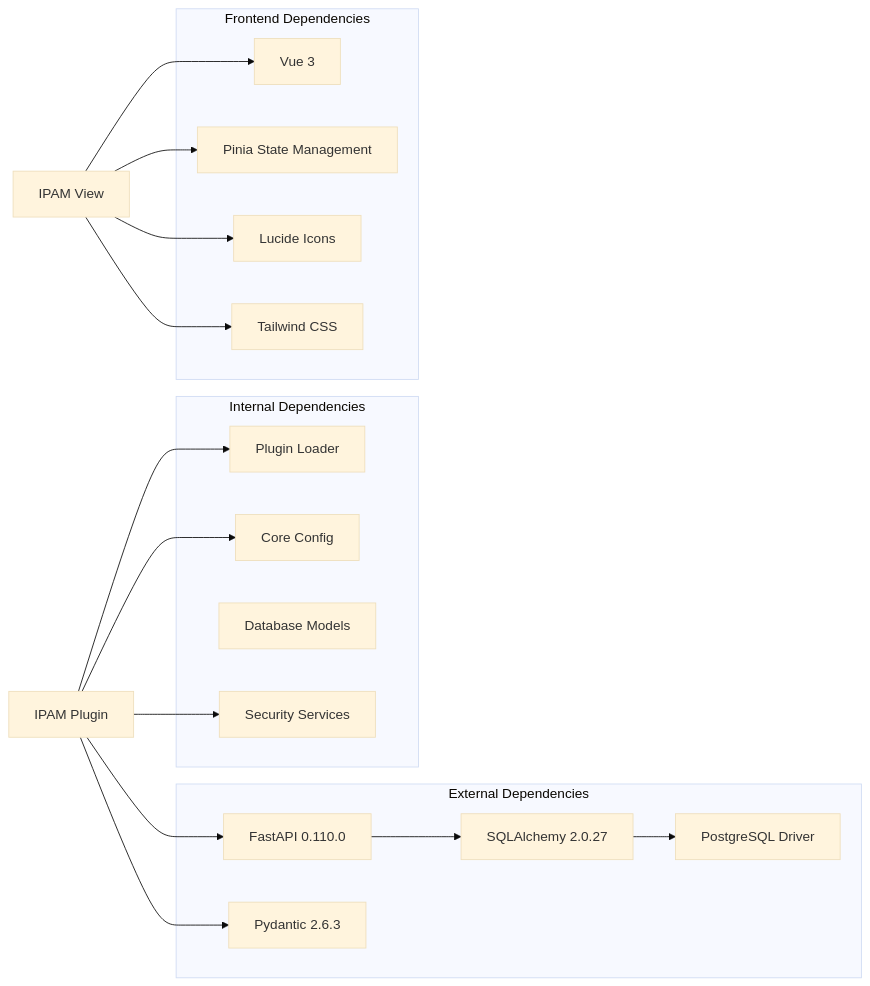
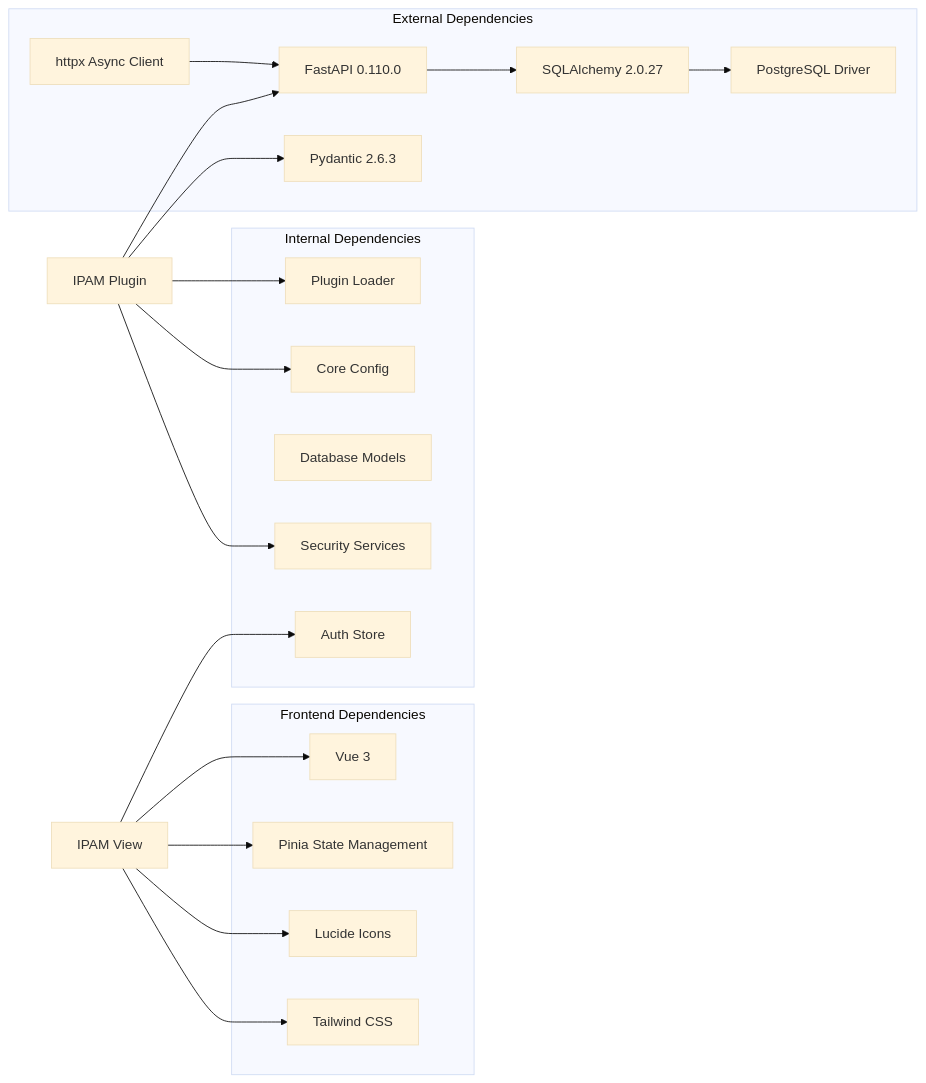
Before and after one commit to Nikita5543/New-SSO-02: the eighth of 8 diagrams in .qoder/repowiki/en/content/Built-in Plugins/IPAM Plugin.md, drawn with Mermaid (base theme). The commit also changed other lines of this file and 3 other files, not shown here.

````diff
--- a/.qoder/repowiki/en/content/Built-in Plugins/IPAM Plugin.md
+++ b/.qoder/repowiki/en/content/Built-in Plugins/IPAM Plugin.md
@@ -300,32 +357,36 @@
 ```mermaid
 graph LR
 subgraph "External Dependencies"
 A[FastAPI 0.110.0]
 B[Pydantic 2.6.3]
 C[SQLAlchemy 2.0.27]
 D[PostgreSQL Driver]
+E[httpx Async Client]
 end
 subgraph "Internal Dependencies"
-E[Plugin Loader]
-F[Core Config]
-G[Database Models]
-H[Security Services]
+F[Plugin Loader]
+G[Core Config]
+H[Database Models]
+I[Security Services]
+J[Auth Store]
 end
 subgraph "Frontend Dependencies"
-I[Vue 3]
-J[Pinia State Management]
-K[Lucide Icons]
-L[Tailwind CSS]
+K[Vue 3]
+L[Pinia State Management]
+M[Lucide Icons]
+N[Tailwind CSS]
 end
-M[IPAM Plugin] --> A
-M --> B
-M --> E
-M --> F
-M --> H
-N[IPAM View] --> I
-N --> J
-N --> K
-N --> L
+O[IPAM Plugin] --> A
+O --> B
+O --> F
+O --> G
+O --> I
+P[IPAM View] --> J
+P --> K
+P --> L
+P --> M
+P --> N
 A --> C
 C --> D
+E --> A
 ```
````
